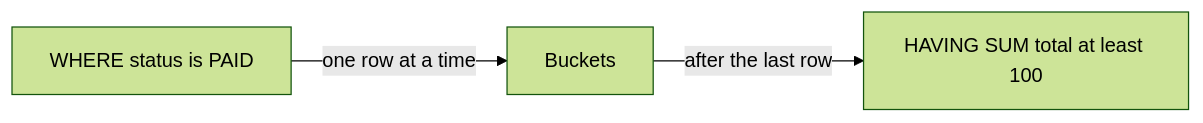
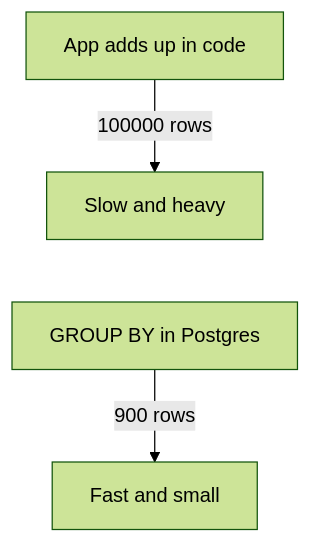
One commit to starjustice/research-material changed the fourth of 4 diagrams in learn/database/03-grouping-and-aggregation.md. Above: the diagram before and after it, drawn with Mermaid (forest theme). The commit also changed other lines of this file, not shown here.

````diff
--- a/learn/database/03-grouping-and-aggregation.md
+++ b/learn/database/03-grouping-and-aggregation.md
@@ -133,5 +573,6 @@
 ```mermaid
-graph LR
-    A["WHERE status is PAID"] -->|one row at a time| B["Buckets"]
-    B -->|after the last row| C["HAVING SUM total at least 100"]
+graph TB
+    A["App adds up in code"] -->|100000 rows| B["Slow and heavy"]
+    B ~~~ C["GROUP BY in Postgres"]
+    C -->|900 rows| D["Fast and small"]
 ```
````
